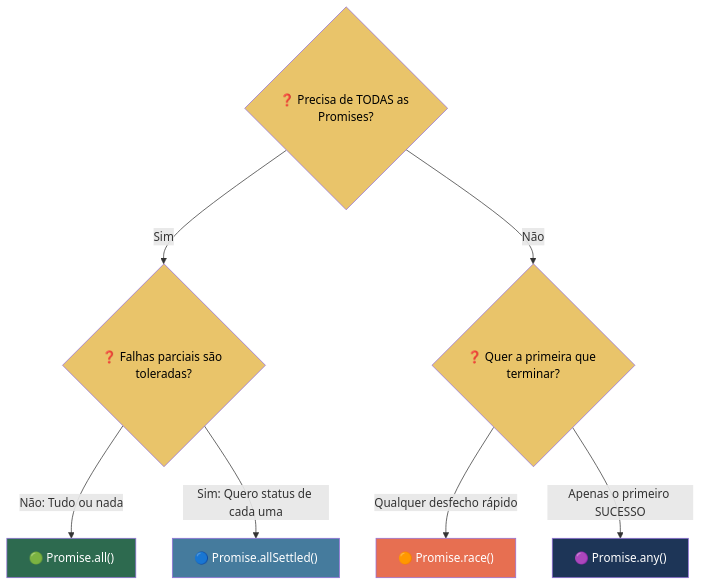
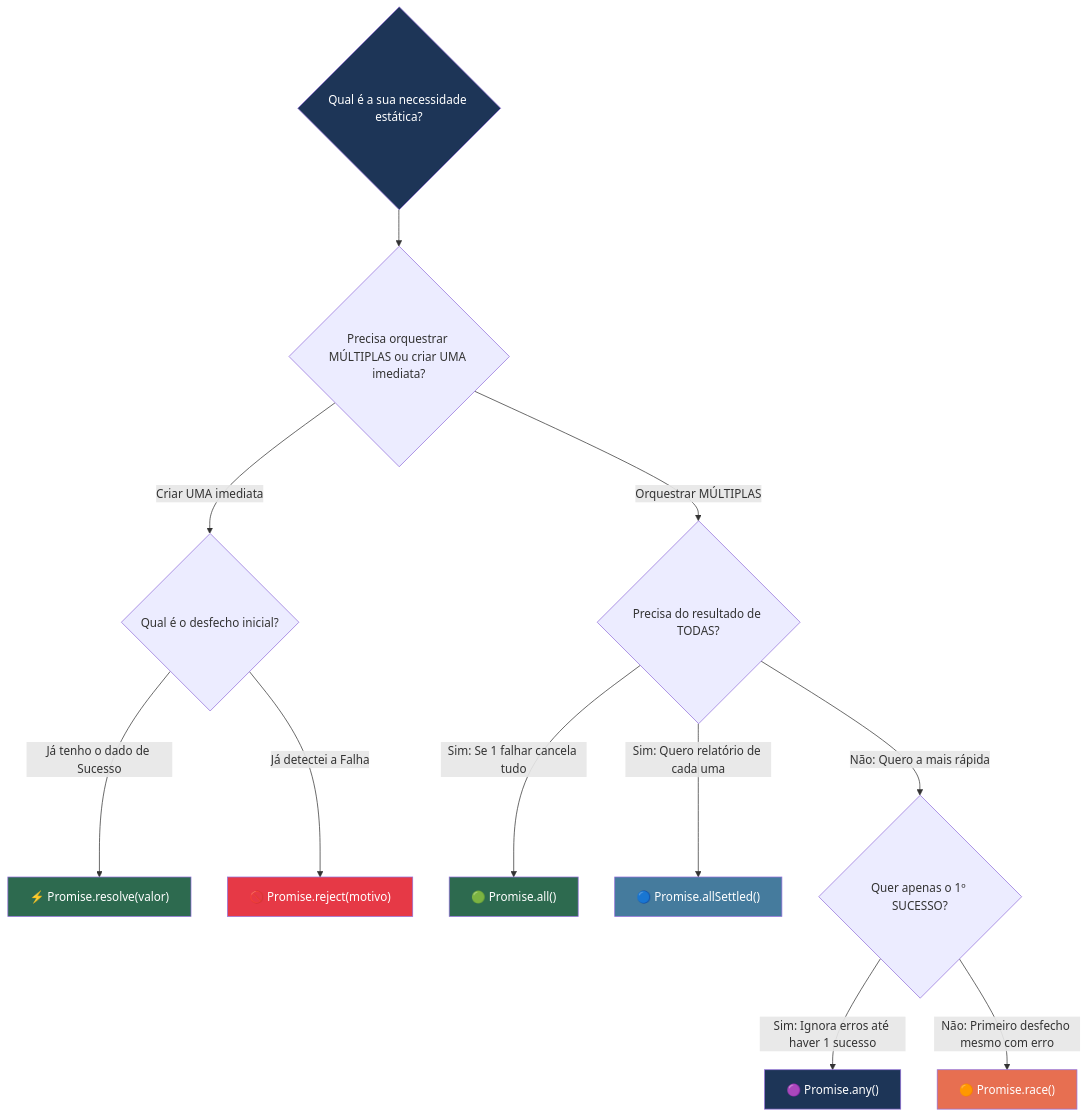
Before and after one commit to Leonardo-P-Monteiro/JS_STUDIES: the fifth of 8 diagrams in Seção 8 - JS Assíncrono/aula_8.1_promises.md, drawn with Mermaid. The commit also changed other lines of this file, not shown here.

````diff
--- a/Seção 8 - JS Assíncrono/aula_8.1_promises.md
+++ b/Seção 8 - JS Assíncrono/aula_8.1_promises.md
@@ -436,20 +461,24 @@
 ```mermaid
 flowchart TD
-    Q1{"❓ Precisa de TODAS as Promises?"}
-    Q1 -->|Sim| Q2{"❓ Falhas parciais são toleradas?"}
-    Q1 -->|Não| Q3{"❓ Quer a primeira que terminar?"}
+    Start{"Qual é a sua necessidade estática?"} --> Q_Tipo{"Precisa orquestrar MÚLTIPLAS ou criar UMA imediata?"}
     
-    Q2 -->|Não: Tudo ou nada| R1["🟢 Promise.all()"]
-    Q2 -->|Sim: Quero status de cada uma| R2["🔵 Promise.allSettled()"]
+    Q_Tipo -->|"Criar UMA imediata"| Q_Imed{"Qual é o desfecho inicial?"}
+    Q_Imed -->|"Já tenho o dado de Sucesso"| R_Resolve["⚡ Promise.resolve(valor)"]
+    Q_Imed -->|"Já detectei a Falha"| R_Reject["🚫 Promise.reject(motivo)"]
     
-    Q3 -->|Qualquer desfecho rápido| R3["🟠 Promise.race()"]
-    Q3 -->|Apenas o primeiro SUCESSO| R4["🟣 Promise.any()"]
+    Q_Tipo -->|"Orquestrar MÚLTIPLAS"| Q_All{"Precisa do resultado de TODAS?"}
+    Q_All -->|"Sim: Se 1 falhar cancela tudo"| R_All["🟢 Promise.all()"]
+    Q_All -->|"Sim: Quero relatório de cada uma"| R_Settled["🔵 Promise.allSettled()"]
+    
+    Q_All -->|"Não: Quero a mais rápida"| Q_Speed{"Quer apenas o 1º SUCESSO?"}
+    Q_Speed -->|"Sim: Ignora erros até haver 1 sucesso"| R_Any["🟣 Promise.any()"]
+    Q_Speed -->|"Não: Primeiro desfecho mesmo com erro"| R_Race["🟠 Promise.race()"]
 
-    style R1 fill:#2d6a4f,color:#fff
-    style R2 fill:#457b9d,color:#fff
-    style R3 fill:#e76f51,color:#fff
-    style R4 fill:#1d3557,color:#fff
-    style Q1 fill:#e9c46a,color:#000
-    style Q2 fill:#e9c46a,color:#000
-    style Q3 fill:#e9c46a,color:#000
+    style Start fill:#1d3557,color:#fff
+    style R_Resolve fill:#2d6a4f,color:#fff
+    style R_Reject fill:#e63946,color:#fff
+    style R_All fill:#2d6a4f,color:#fff
+    style R_Settled fill:#457b9d,color:#fff
+    style R_Any fill:#1d3557,color:#fff
+    style R_Race fill:#e76f51,color:#fff
 ```
````
